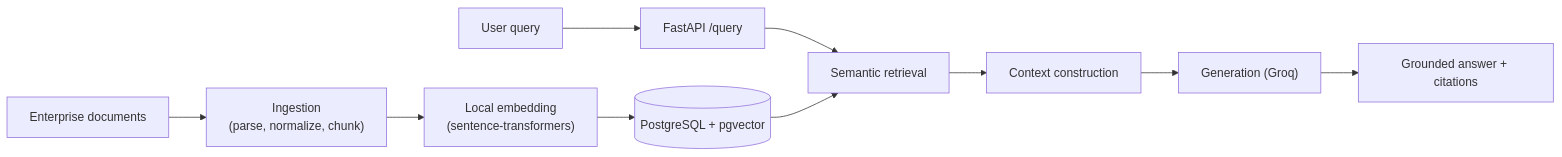
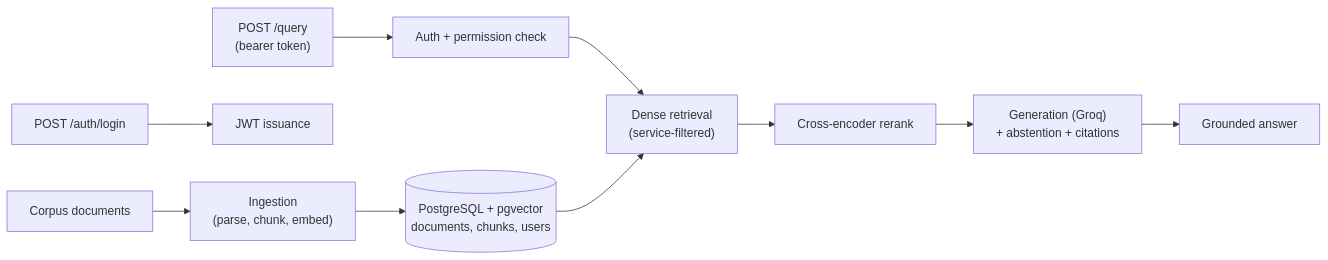
Before and after one commit to KayBee1880/Sift: the first of 2 diagrams in README.md, drawn with Mermaid. The commit also changed other lines of this file and 12 other files, not shown here.

````diff
--- a/README.md
+++ b/README.md
@@ -50,12 +45,12 @@
 ```mermaid
 flowchart LR
-    Corpus["Enterprise documents"] --> Ingest["Ingestion<br/>(parse, normalize, chunk)"]
-    Ingest --> Embed["Local embedding<br/>(sentence-transformers)"]
-    Embed --> PG[("PostgreSQL + pgvector")]
-    Query["User query"] --> API["FastAPI /query"]
-    API --> Retrieval["Semantic retrieval"]
+    Corpus["Corpus documents"] --> Ingest["Ingestion<br/>(parse, chunk, embed)"]
+    Ingest --> PG[("PostgreSQL + pgvector<br/>documents, chunks, users")]
+    Login["POST /auth/login"] --> Auth["JWT issuance"]
+    Query["POST /query<br/>(bearer token)"] --> AuthCheck["Auth + permission check"]
+    AuthCheck --> Retrieval["Dense retrieval<br/>(service-filtered)"]
     PG --> Retrieval
-    Retrieval --> Context["Context construction"]
-    Context --> Gen["Generation (Groq)"]
-    Gen --> Answer["Grounded answer + citations"]
+    Retrieval --> Rerank["Cross-encoder rerank"]
+    Rerank --> Gen["Generation (Groq)<br/>+ abstention + citations"]
+    Gen --> Answer["Grounded answer"]
 ```
````
